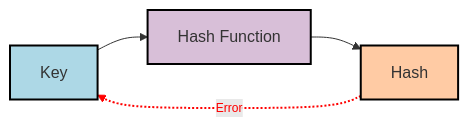
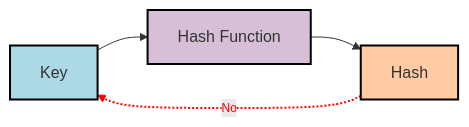
The second of 3 diagrams in 什么是Hash.md (Thinker112/tech_article), drawn with Mermaid before and after one commit.

Commit message:
modify file: Hash.md

````diff
--- a/什么是Hash.md
+++ b/什么是Hash.md
@@ -20,11 +20,11 @@
 ```mermaid
 graph LR
     A[Key] --> B[Hash Function]
     B --> C[Hash]
     style A fill:#ADD8E6,stroke:#000,stroke-width:2px  
     style B fill:#D8BFD8,stroke:#000,stroke-width:2px 
     style C fill:#FFCBA4,stroke:#000,stroke-width:2px  
- 	C -. Error .-> A
+ 	C -. No .-> A
  	linkStyle 2 stroke:#FF0000,color:#FF0000,stroke-width:2px,font-size:12px
 
 ```
````
